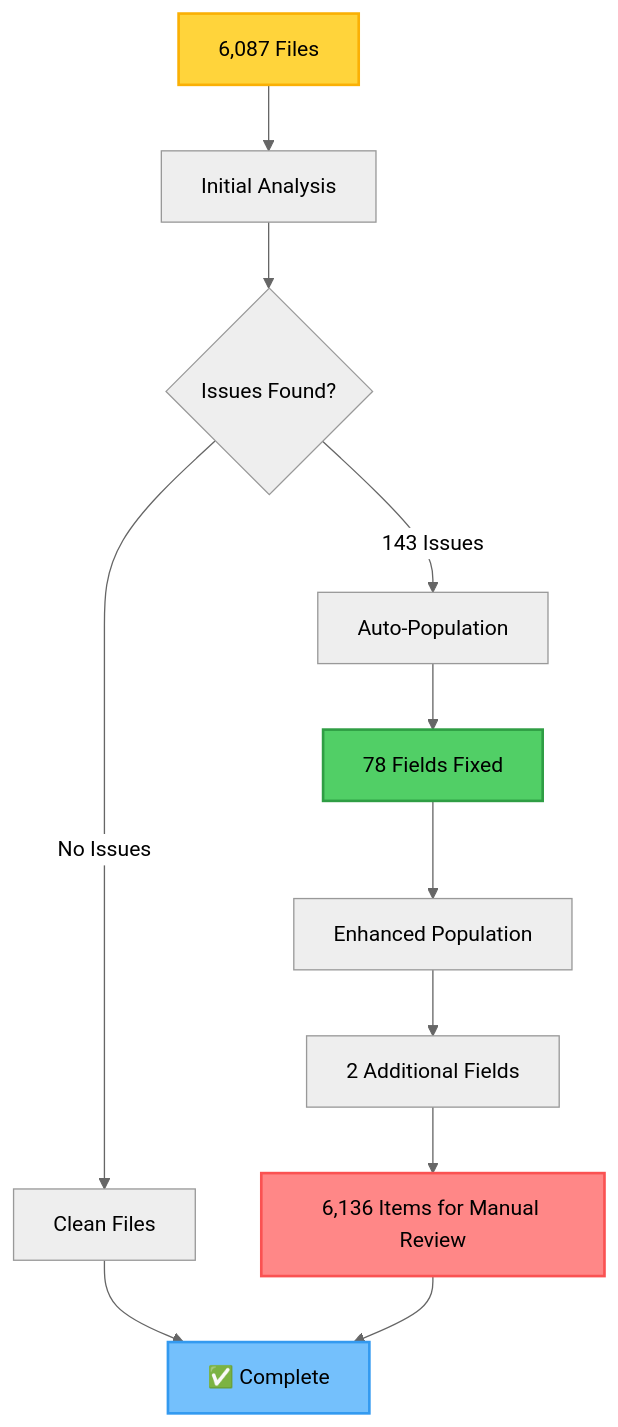
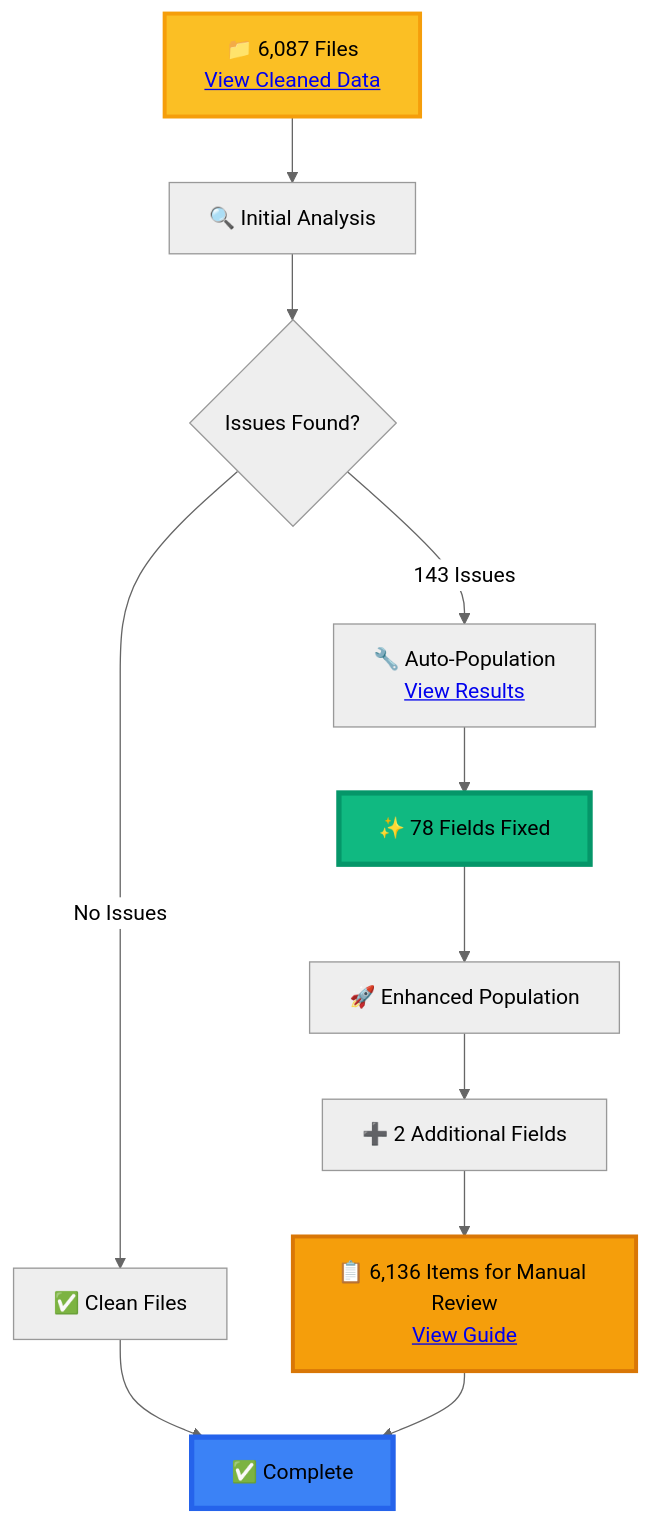
The first of 4 diagrams in data/processed/DATA_CLEANING_SUMMARY.md (1digitaldesign/kettler-data-analysis), drawn with Mermaid (neutral theme) before and after one commit. The commit also changed other lines of this file and 8 other files, not shown here.

First line of the commit message:
fix: Improve dark mode contrast and add interactive elements to diagrams

````diff
--- a/data/processed/DATA_CLEANING_SUMMARY.md
+++ b/data/processed/DATA_CLEANING_SUMMARY.md
@@ -32,18 +32,18 @@
 ```mermaid
 flowchart TD
-    A[6,087 Files] --> B[Initial Analysis]
+    A["📁 6,087 Files<br/><a href='data/cleaned/'>View Cleaned Data</a>"] --> B["🔍 Initial Analysis"]
     B --> C{Issues Found?}
-    C -->|143 Issues| D[Auto-Population]
-    C -->|No Issues| E[Clean Files]
-    D --> F[78 Fields Fixed]
-    F --> G[Enhanced Population]
-    G --> H[2 Additional Fields]
-    H --> I[6,136 Items for Manual Review]
-    E --> J[✅ Complete]
+    C -->|143 Issues| D["🔧 Auto-Population<br/><a href='data/processed/data_cleaning_results.json'>View Results</a>"]
+    C -->|No Issues| E["✅ Clean Files"]
+    D --> F["✨ 78 Fields Fixed"]
+    F --> G["🚀 Enhanced Population"]
+    G --> H["➕ 2 Additional Fields"]
+    H --> I["📋 6,136 Items for Manual Review<br/><a href='data/processed/manual_verification_guide.json'>View Guide</a>"]
+    E --> J["✅ Complete"]
     I --> J
 
-    style A fill:#ffd43b,stroke:#fab005,stroke-width:2px
-    style F fill:#51cf66,stroke:#2f9e44,stroke-width:2px
-    style I fill:#ff8787,stroke:#fa5252,stroke-width:2px
-    style J fill:#74c0fc,stroke:#339af0,stroke-width:2px
+    style A fill:#fbbf24,stroke:#f59e0b,stroke-width:3px
+    style F fill:#10b981,stroke:#059669,stroke-width:4px
+    style I fill:#f59e0b,stroke:#d97706,stroke-width:3px
+    style J fill:#3b82f6,stroke:#2563eb,stroke-width:4px
 ```
````
